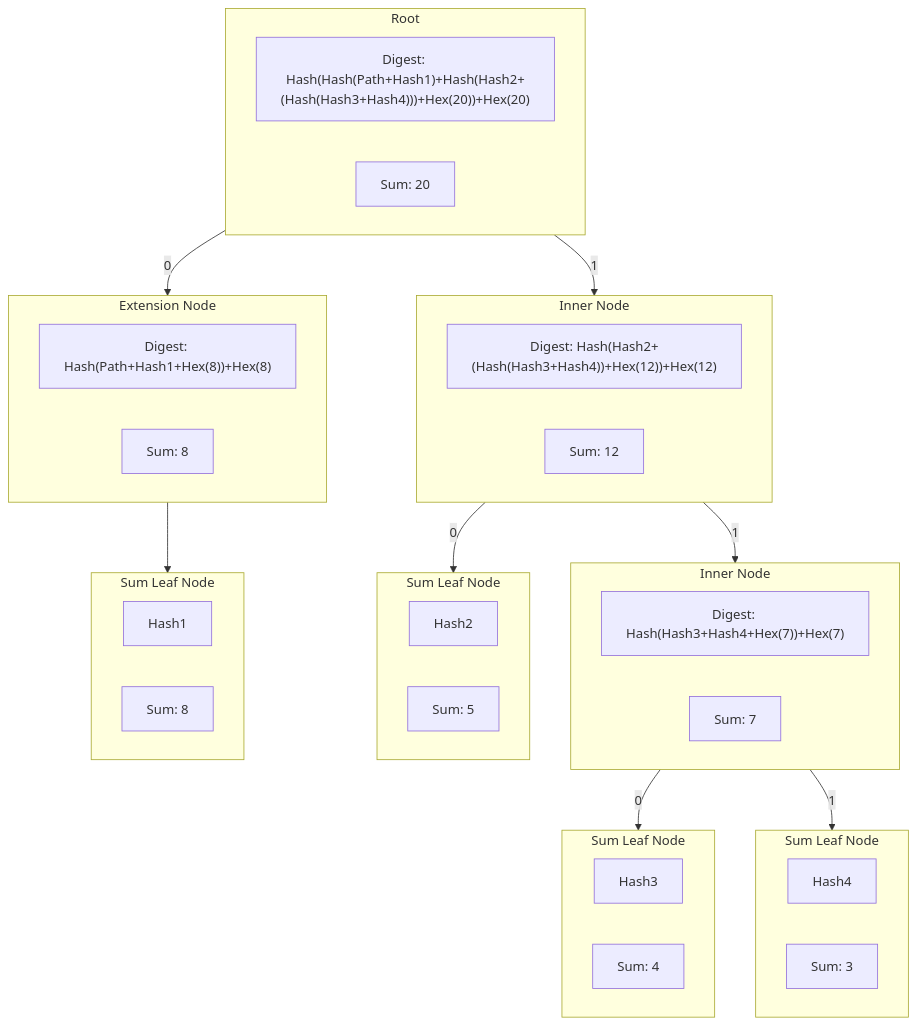
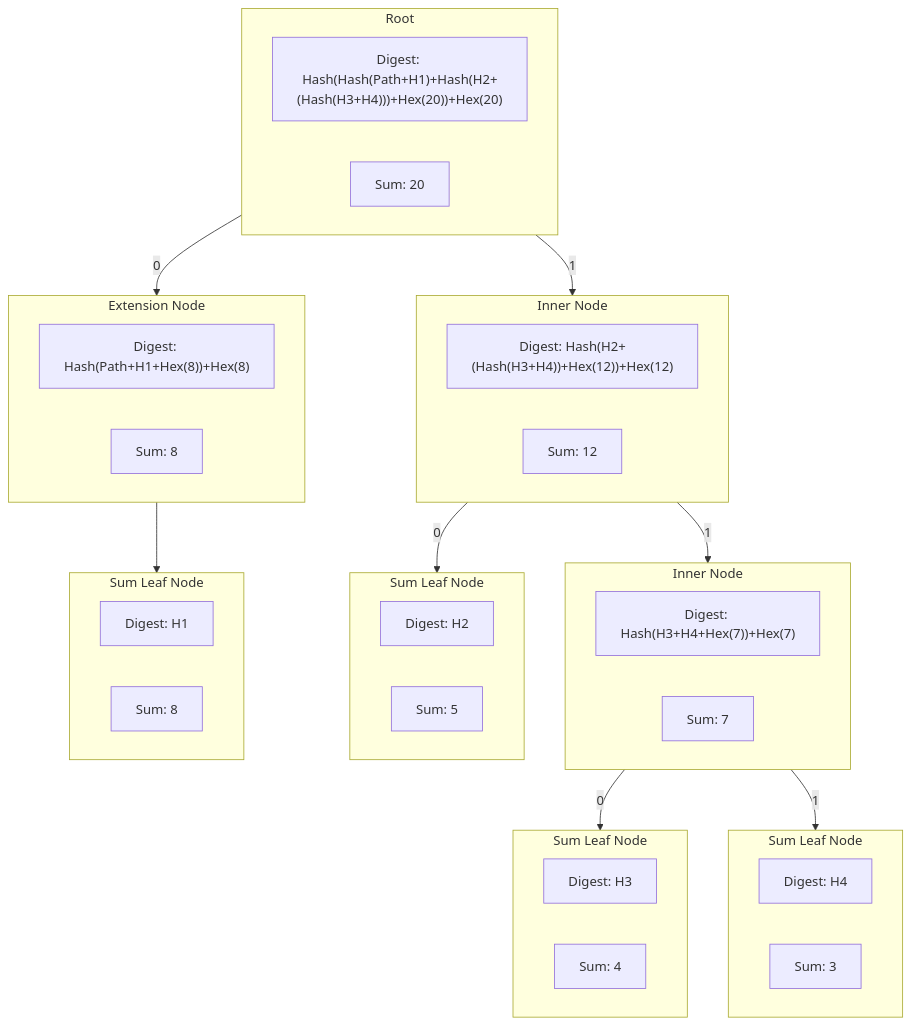
Before and after one commit to pokt-network/smt: the first of 2 diagrams in MerkleSumTree.md, drawn with Mermaid.

````diff
--- a/MerkleSumTree.md
+++ b/MerkleSumTree.md
@@ -63,42 +63,42 @@
 ```mermaid
 graph TB
 	subgraph Root
-		A1["Digest: Hash(Hash(Path+Hash1)+Hash(Hash2+(Hash(Hash3+Hash4)))+Hex(20))+Hex(20)"]
+		A1["Digest: Hash(Hash(Path+H1)+Hash(H2+(Hash(H3+H4)))+Hex(20))+Hex(20)"]
         A2[Sum: 20]
 	end
 	subgraph BI[Inner Node]
-		B1["Digest: Hash(Hash2+(Hash(Hash3+Hash4))+Hex(12))+Hex(12)"]
+		B1["Digest: Hash(H2+(Hash(H3+H4))+Hex(12))+Hex(12)"]
         B2[Sum: 12]
 	end
 	subgraph BE[Extension Node]
-		B3["Digest: Hash(Path+Hash1+Hex(8))+Hex(8)"]
+		B3["Digest: Hash(Path+H1+Hex(8))+Hex(8)"]
         B4[Sum: 8]
 	end
 	subgraph CI[Inner Node]
-		C1["Digest: Hash(Hash3+Hash4+Hex(7))+Hex(7)"]
+		C1["Digest: Hash(H3+H4+Hex(7))+Hex(7)"]
         C2[Sum: 7]
 	end
 	subgraph CL[Sum Leaf Node]
-		C3[Hash2]
+		C3[Digest: H2]
         C4[Sum: 5]
 	end
 	subgraph DL1[Sum Leaf Node]
-		D1[Hash3]
+		D1[Digest: H3]
         D2[Sum: 4]
 	end
 	subgraph DL2[Sum Leaf Node]
-		D3[Hash4]
+		D3[Digest: H4]
         D4[Sum: 3]
 	end
 	subgraph EL[Sum Leaf Node]
-		E1[Hash1]
+		E1[Digest:  H1]
         E2[Sum: 8]
 	end
 	Root-->|0| BE
 	Root-->|1| BI
 	BI-->|0| CL
 	BI-->|1| CI
 	CI-->|0| DL1
 	CI-->|1| DL2
 	BE-->EL
 ```
````
